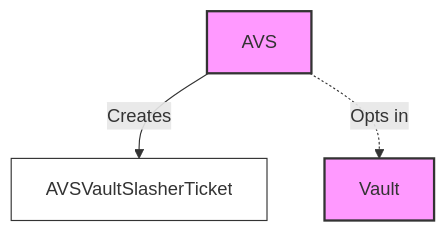
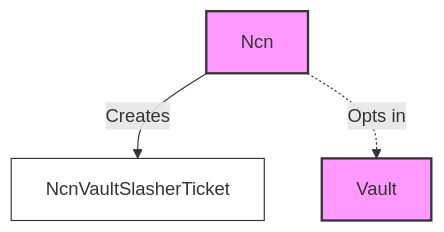
One commit to jito-foundation/restaking changed the fifth of 5 diagrams in docs/concepts/restaking_program.md. Above: the diagram before and after it, drawn with Mermaid. The commit also changed other lines of this file and 61 other files, not shown here.

Commit message:
Rename AVS -> NCN (#25)

````diff
--- a/docs/concepts/restaking_program.md
+++ b/docs/concepts/restaking_program.md
@@ -123,10 +123,10 @@
 ```mermaid
 graph TD
     classDef main fill: #f9f, stroke: #333, stroke-width: 2px;
     classDef ticket fill: #fff, stroke: #333, stroke-width: 1px;
-    AVS[AVS]:::main
+    Ncn[Ncn]:::main
     Vault[Vault]:::main
-    AvsVaultSlasherTicket[AVSVaultSlasherTicket]:::ticket
-    AVS -->|Creates| AvsVaultSlasherTicket
-    AVS -.->|Opts in| Vault
+    NcnVaultSlasherTicket[NcnVaultSlasherTicket]:::ticket
+    Ncn -->|Creates| NcnVaultSlasherTicket
+    Ncn -.->|Opts in| Vault
 ```
````
